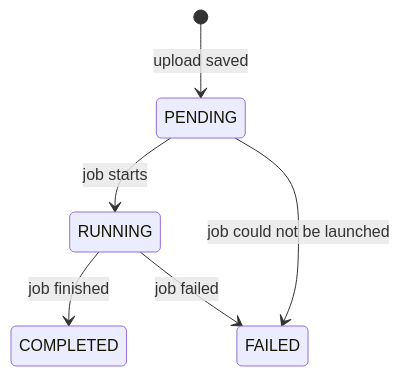
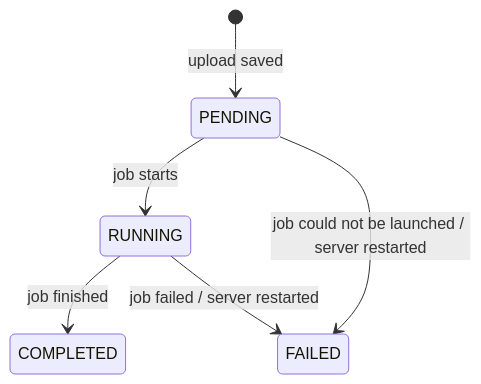
Before and after one commit to YashwardhanV/Balance-Trail: the fifth of 5 diagrams in docs/ARCHITECTURE.md, drawn with Mermaid. The commit also changed other lines of this file and 122 other files, not shown here.

````diff
--- a/docs/ARCHITECTURE.md
+++ b/docs/ARCHITECTURE.md
@@ -100,8 +201,8 @@
 ```mermaid
 stateDiagram-v2
     [*] --> PENDING: upload saved
     PENDING --> RUNNING: job starts
-    PENDING --> FAILED: job could not be launched
+    PENDING --> FAILED: job could not be launched / server restarted
     RUNNING --> COMPLETED: job finished
-    RUNNING --> FAILED: job failed
+    RUNNING --> FAILED: job failed / server restarted
 ```
````
